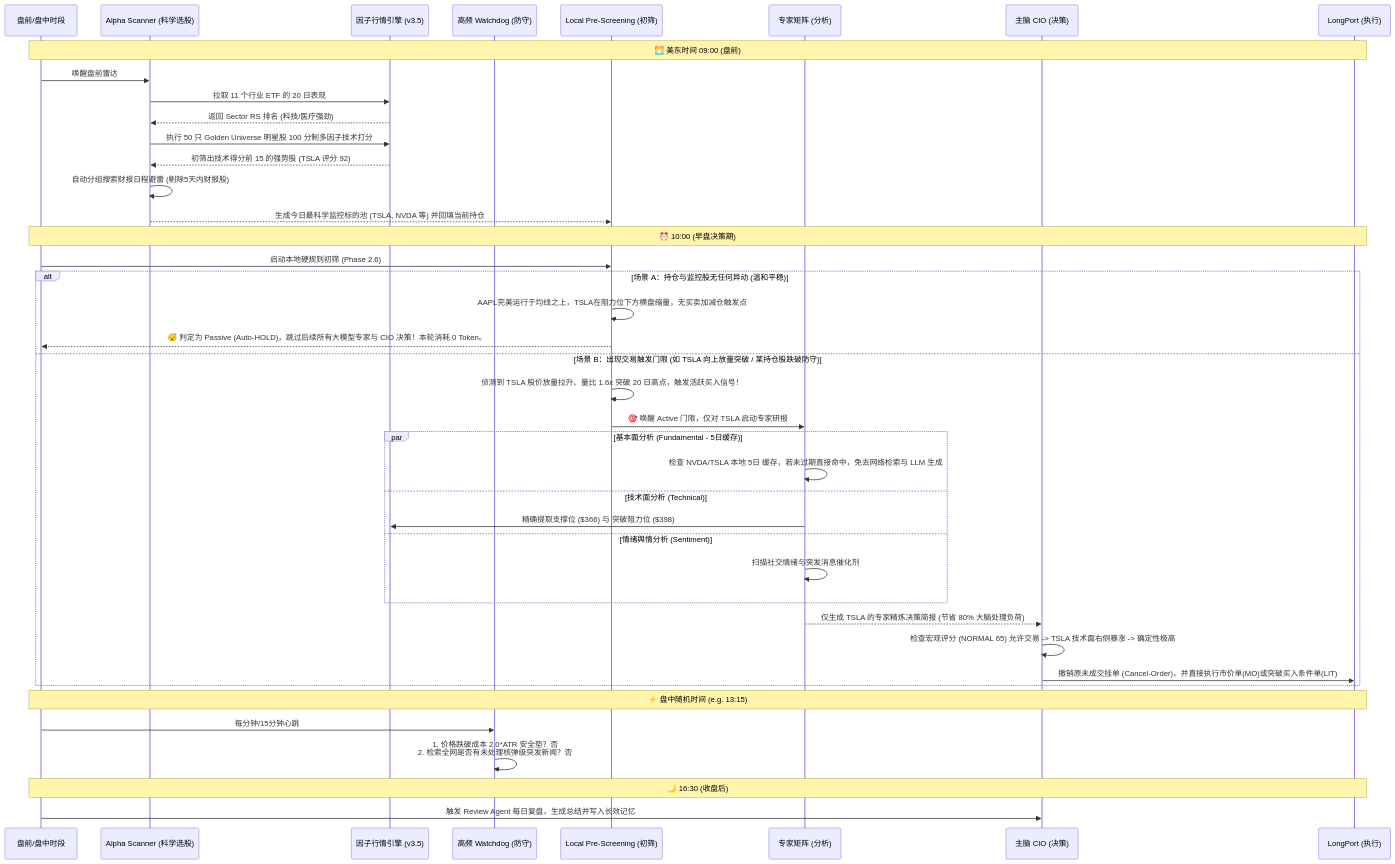
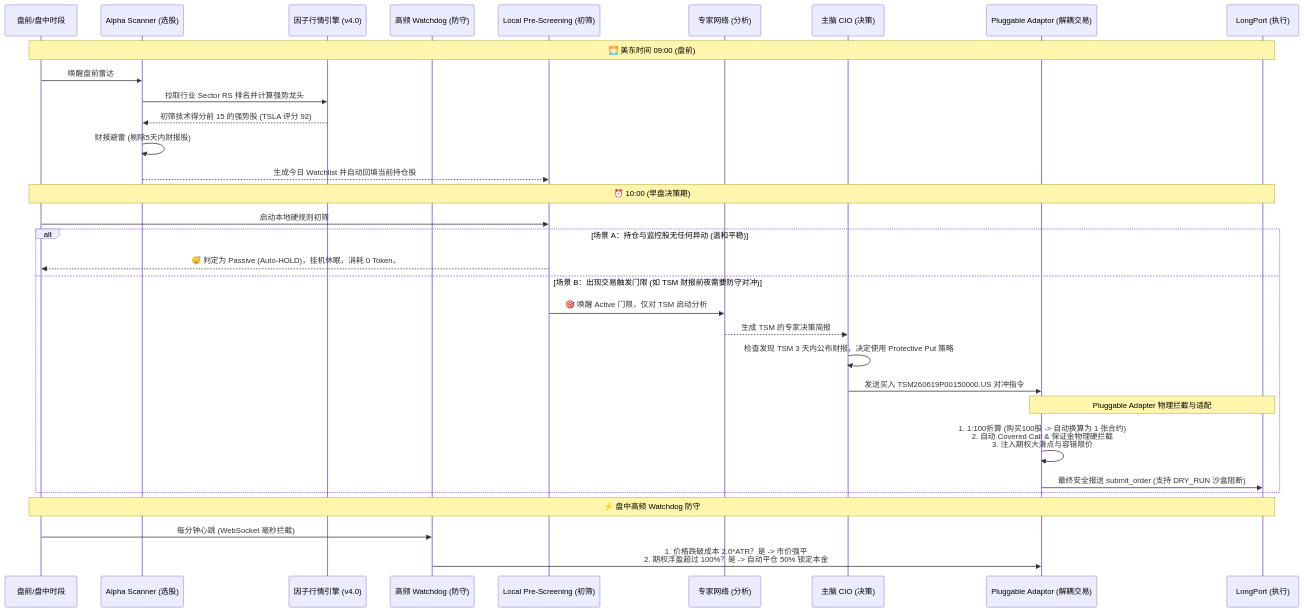
Before and after one commit to lsluqiye-lab/LP_agent: the second of 2 diagrams in README.md, drawn with Mermaid. The commit also changed other lines of this file and 13 other files, not shown here.

````diff
--- a/README.md
+++ b/README.md
@@ -123,50 +169,39 @@
 ```mermaid
 sequenceDiagram
     participant Time as 盘前/盘中时段
-    participant Phase0 as Alpha Scanner (科学选股)
-    participant Quant as 因子行情引擎 (v3.5)
+    participant Phase0 as Alpha Scanner (选股)
+    participant Quant as 因子行情引擎 (v4.0)
     participant WD as 高频 Watchdog (防守)
     participant Pre as Local Pre-Screening (初筛)
-    participant Expert as 专家矩阵 (分析)
+    participant Expert as 专家网络 (分析)
     participant CIO as 主脑 CIO (决策)
+    participant Factory as Pluggable Adaptor (解耦交易)
     participant Broker as LongPort (执行)
 
     Note over Time, Broker: 🌅 美东时间 09:00 (盘前)
     Time->>Phase0: 唤醒盘前雷达
-    Phase0->>Quant: 拉取 11 个行业 ETF 的 20 日表现
-    Quant-->>Phase0: 返回 Sector RS 排名 (科技/医疗强劲)
-    Phase0->>Quant: 执行 50 只 Golden Universe 明星股 100 分制多因子技术打分
-    Quant-->>Phase0: 初筛出技术得分前 15 的强势股 (TSLA 评分 92)
-    Phase0->>Phase0: 自动分组搜索财报日程避雷 (剔除5天内财报股)
-    Phase0-->>Pre: 生成今日最科学监控标的池 (TSLA, NVDA 等) 并回填当前持仓
+    Phase0->>Quant: 拉取行业 Sector RS 排名并计算强势龙头
+    Quant-->>Phase0: 初筛技术得分前 15 的强势股 (TSLA 评分 92)
+    Phase0->>Phase0: 财报避雷 (剔除5天内财报股)
+    Phase0-->>Pre: 生成今日 Watchlist 并自动回填当前持仓股
 
     Note over Time, Broker: ⏰ 10:00 (早盘决策期)
-    Time->>Pre: 启动本地硬规则初筛 (Phase 2.6)
+    Time->>Pre: 启动本地硬规则初筛
     
     alt 场景 A：持仓与监控股无任何异动 (温和平稳)
-        Pre->>Pre: AAPL完美运行于均线之上，TSLA在阻力位下方横盘缩量，无买卖加减仓触发点
-        Pre-->>Time: 😴 判定为 Passive (Auto-HOLD)，跳过后续所有大模型专家与 CIO 决策！本轮消耗 0 Token。
-    else 场景 B：出现交易触发门限 (如 TSLA 向上放量突破 / 某持仓股跌破防守)
-        Pre->>Pre: 侦测到 TSLA 股价放量拉升、量比 1.6x 突破 20 日高点，触发活跃买入信号！
-        Pre->>Expert: 🎯 唤醒 Active 门限，仅对 TSLA 启动专家研报
+        Pre-->>Time: 😴 判定为 Passive (Auto-HOLD)，挂机休眠，消耗 0 Token。
+    else 场景 B：出现交易触发门限 (如 TSM 财报前夜需要防守对冲)
+        Pre->>Expert: 🎯 唤醒 Active 门限，仅对 TSM 启动分析
+        Expert-->>CIO: 生成 TSM 的专家决策简报
+        CIO->>CIO: 检查发现 TSM 3 天内公布财报，决定使用 Protective Put 策略
+        CIO->>Factory: 发送买入 TSM260619P00150000.US 对冲指令
         
-        par 基本面分析 (Fundamental - 5日缓存)
-            Expert->>Expert: 检查 NVDA/TSLA 本地 5日 缓存，若未过期直接命中，免去网络检索与 LLM 生成
-        and 技术面分析 (Technical)
-            Expert->>Quant: 精确提取支撑位 ($366) 与 突破阻力位 ($398)
-        and 情绪舆情分析 (Sentiment)
-            Expert->>Expert: 扫描社交情绪与突发消息催化剂
-        end
-        
-        Expert-->>CIO: 仅生成 TSLA 的专家精炼决策简报 (节省 80% 大脑处理负荷)
-        CIO->>CIO: 检查宏观评分 (NORMAL 65) 允许交易 -> TSLA 技术面右侧暴涨 -> 确定性极高
-        CIO->>Broker: 撤销原未成交挂单 (Cancel-Order)，并直接执行市价单(MO)或突破买入条件单(LIT)
+        Note over Factory, Broker: Pluggable Adapter 物理拦截与适配
+        Factory->>Factory: 1. 1:100折算 (购买100股 -> 自动换算为 1 张合约)<br/>2. 自动 Covered Call & 保证金物理硬拦截<br/>3. 注入期权大滑点与容错限价
+        Factory->>Broker: 最终安全报送 submit_order (支持 DRY_RUN 沙盒阻断)
     end
 
-    Note over Time, Broker: ⚡ 盘中随机时间 (e.g. 13:15)
-    Time->>WD: 每分钟/15分钟心跳
-    WD->>WD: 1. 价格跌破成本 2.0*ATR 安全垫？否<br/>2. 检索全网是否有未处理核弹级突发新闻？否
-
-    Note over Time, Broker: 🌙 16:30 (收盘后)
-    Time->>CIO: 触发 Review Agent 每日复盘，生成总结并写入长效记忆
+    Note over Time, Broker: ⚡ 盘中高频 Watchdog 防守
+    Time->>WD: 每分钟心跳 (WebSocket 毫秒拦截)
+    WD->>Factory: 1. 价格跌破成本 2.0*ATR？是 -> 市价强平<br/>2. 期权浮盈超过 100%？是 -> 自动平仓 50% 锁定本金
 ```
````
